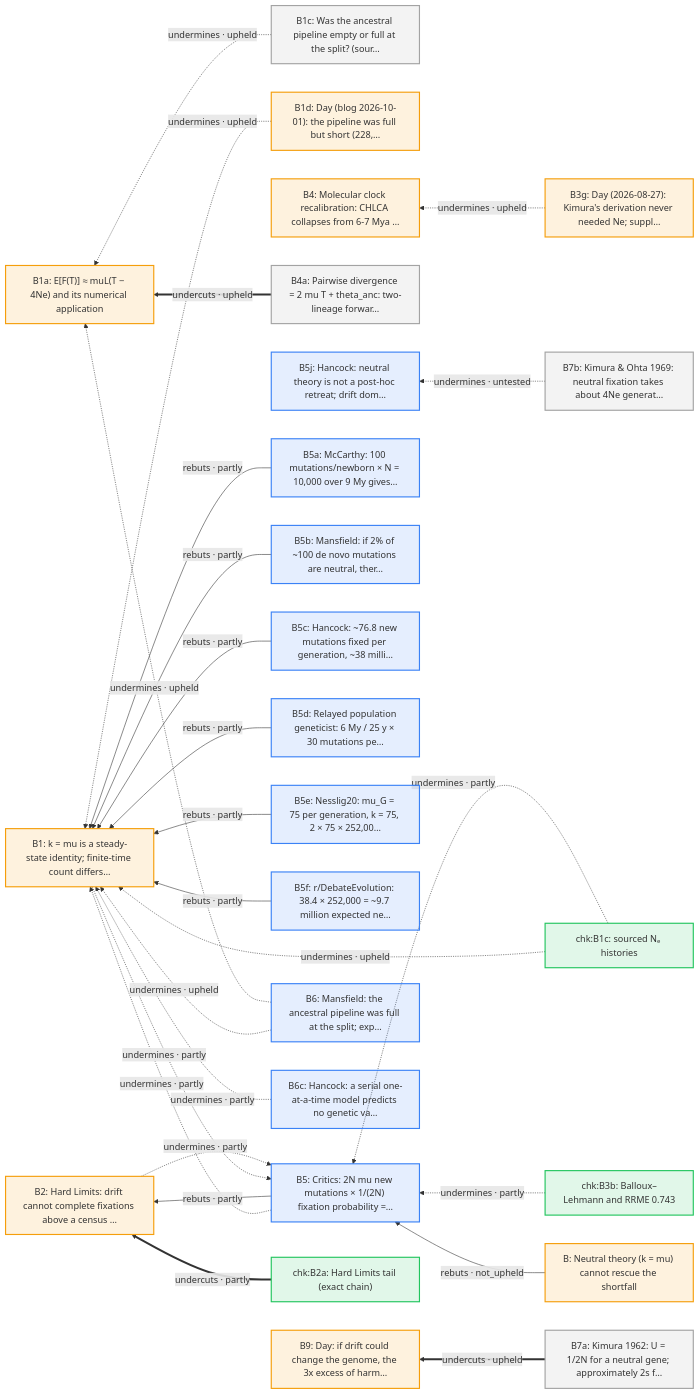
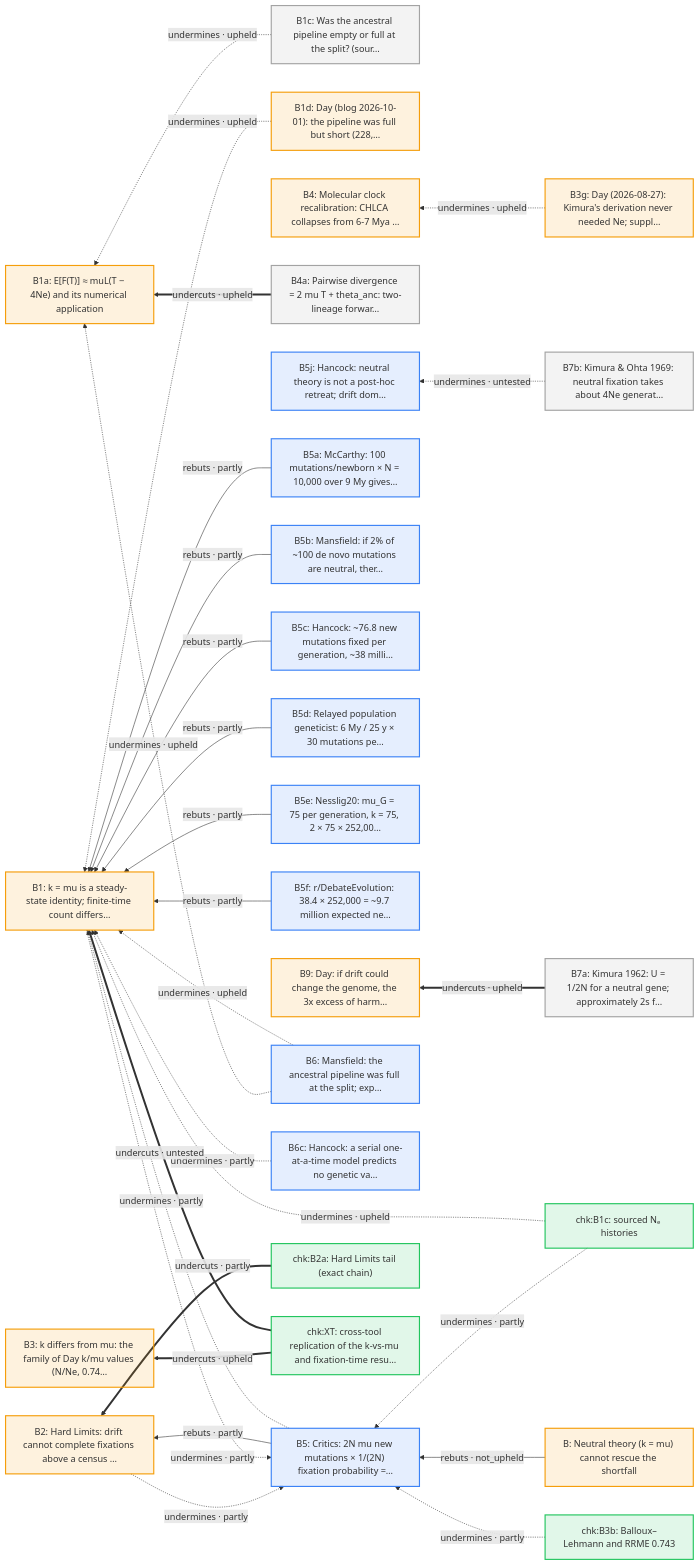
Before and after one commit to nickallevato/evo-sim: the fourth of 19 diagrams in docs/arguments/defeaters.md, drawn with Mermaid. The commit also changed other lines of this file and 20 other files, not shown here.

````diff
--- a/docs/arguments/defeaters.md
+++ b/docs/arguments/defeaters.md
@@ -167,57 +169,61 @@
 ```mermaid
 flowchart RL
   classDef day fill:#f59e0b22,stroke:#f59e0b,stroke-width:2px
   classDef ally fill:#d9770622,stroke:#d97706,stroke-width:2px
   classDef critic fill:#3b82f622,stroke:#3b82f6,stroke-width:2px
   classDef literature fill:#a3a3a322,stroke:#a3a3a3,stroke-width:2px
   classDef audit fill:#22c55e22,stroke:#22c55e,stroke-width:2px
   B["B: Neutral theory (k = mu) cannot rescue the shortfall"]:::day
   B1["B1: k = mu is a steady-state identity; finite-time count differs…"]:::day
   B1a["B1a: E[F(T)] ≈ muL(T − 4Ne) and its numerical application"]:::day
   B1c["B1c: Was the ancestral pipeline empty or full at the split? (sour…"]:::literature
   B1d["B1d: Day (blog 2026-10-01): the pipeline was full but short (228,…"]:::day
   B2["B2: Hard Limits: drift cannot complete fixations above a census …"]:::day
+  B3["B3: k differs from mu: the family of Day k/mu values (N/Ne, 0.74…"]:::day
   B3g["B3g: Day (2026-08-27): Kimura's derivation never needed Ne; suppl…"]:::day
   B4["B4: Molecular clock recalibration: CHLCA collapses from 6-7 Mya …"]:::day
   B4a["B4a: Pairwise divergence = 2 mu T + theta_anc: two-lineage forwar…"]:::literature
   B5["B5: Critics: 2N mu new mutations × 1/(2N) fixation probability =…"]:::critic
   B5a["B5a: McCarthy: 100 mutations/newborn × N = 10,000 over 9 My gives…"]:::critic
   B5b["B5b: Mansfield: if 2% of ~100 de novo mutations are neutral, ther…"]:::critic
   B5c["B5c: Hancock: ~76.8 new mutations fixed per generation, ~38 milli…"]:::critic
   B5d["B5d: Relayed population geneticist: 6 My / 25 y × 30 mutations pe…"]:::critic
   B5e["B5e: Nesslig20: mu_G = 75 per generation, k = 75, 2 × 75 × 252,00…"]:::critic
   B5f["B5f: r/DebateEvolution: 38.4 × 252,000 = ~9.7 million expected ne…"]:::critic
   B5j["B5j: Hancock: neutral theory is not a post-hoc retreat; drift dom…"]:::critic
   B6["B6: Mansfield: the ancestral pipeline was full at the split; exp…"]:::critic
   B6c["B6c: Hancock: a serial one-at-a-time model predicts no genetic va…"]:::critic
   B7a["B7a: Kimura 1962: U = 1/2N for a neutral gene; approximately 2s f…"]:::literature
   B7b["B7b: Kimura & Ohta 1969: neutral fixation takes about 4Ne generat…"]:::literature
   B9["B9: Day: if drift could change the genome, the 3x excess of harm…"]:::day
   chk_B1c["chk:B1c: sourced Nₑ histories"]:::audit
   chk_B2a["chk:B2a: Hard Limits tail (exact chain)"]:::audit
   chk_B3b["chk:B3b: Balloux–Lehmann and RRME 0.743"]:::audit
+  chk_XT["chk:XT: cross-tool replication of the k-vs-mu and fixation-time resu…"]:::audit
   B5 -.->|"undermines · partly"| B1
   B5a -->|"rebuts · partly"| B1
   B5b -->|"rebuts · partly"| B1
   B5c -->|"rebuts · partly"| B1
   B5d -->|"rebuts · partly"| B1
   B5e -->|"rebuts · partly"| B1
   B5f -->|"rebuts · partly"| B1
   B6 -.->|"undermines · upheld"| B1
   B6c -.->|"undermines · partly"| B1
   B1d -.->|"undermines · upheld"| B1
   chk_B1c -.->|"undermines · upheld"| B1
+  chk_XT ==>|"undercuts · untested"| B1
   B5 -->|"rebuts · partly"| B2
   chk_B2a ==>|"undercuts · partly"| B2
+  chk_XT ==>|"undercuts · upheld"| B3
   B3g -.->|"undermines · upheld"| B4
   B -->|"rebuts · not_upheld"| B5
   B1 -.->|"undermines · partly"| B5
   B2 -.->|"undermines · partly"| B5
   chk_B1c -.->|"undermines · partly"| B5
   chk_B3b -.->|"undermines · partly"| B5
   B7b -.->|"undermines · untested"| B5j
   B7a ==>|"undercuts · upheld"| B9
   B1c -.->|"undermines · upheld"| B1a
   B4a ==>|"undercuts · upheld"| B1a
   B6 -.->|"undermines · upheld"| B1a
 ```
````
